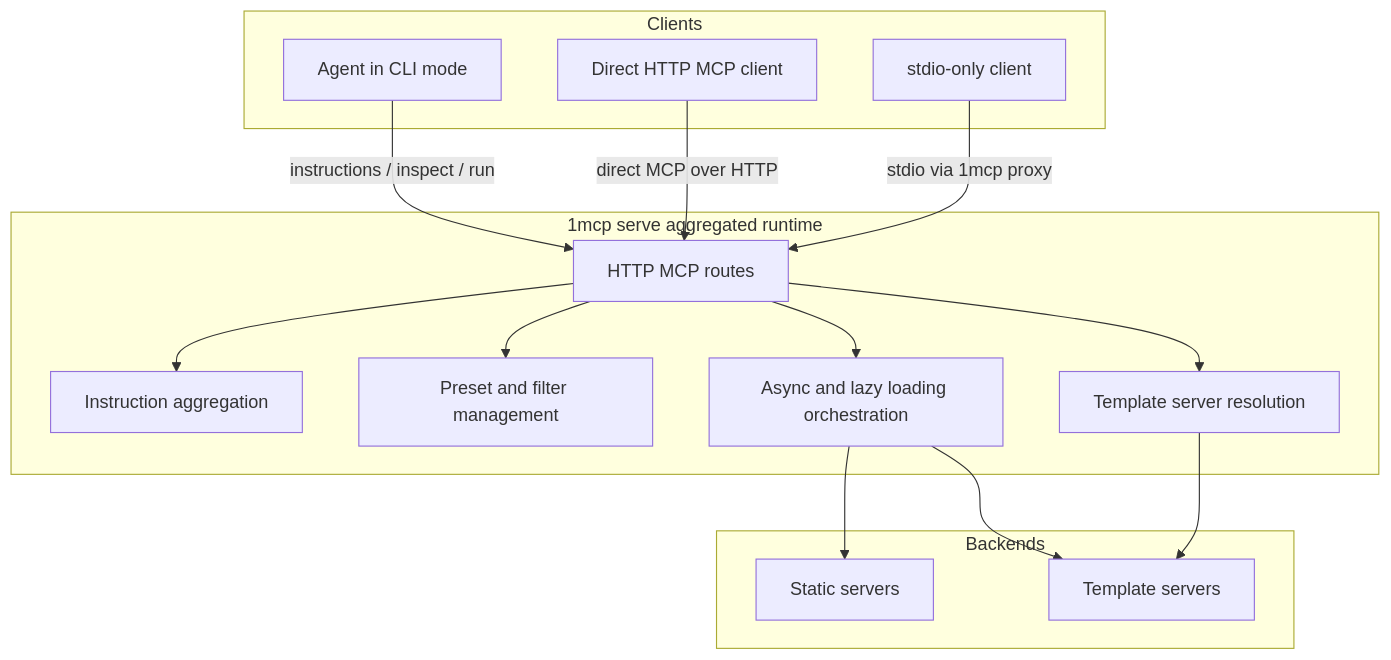
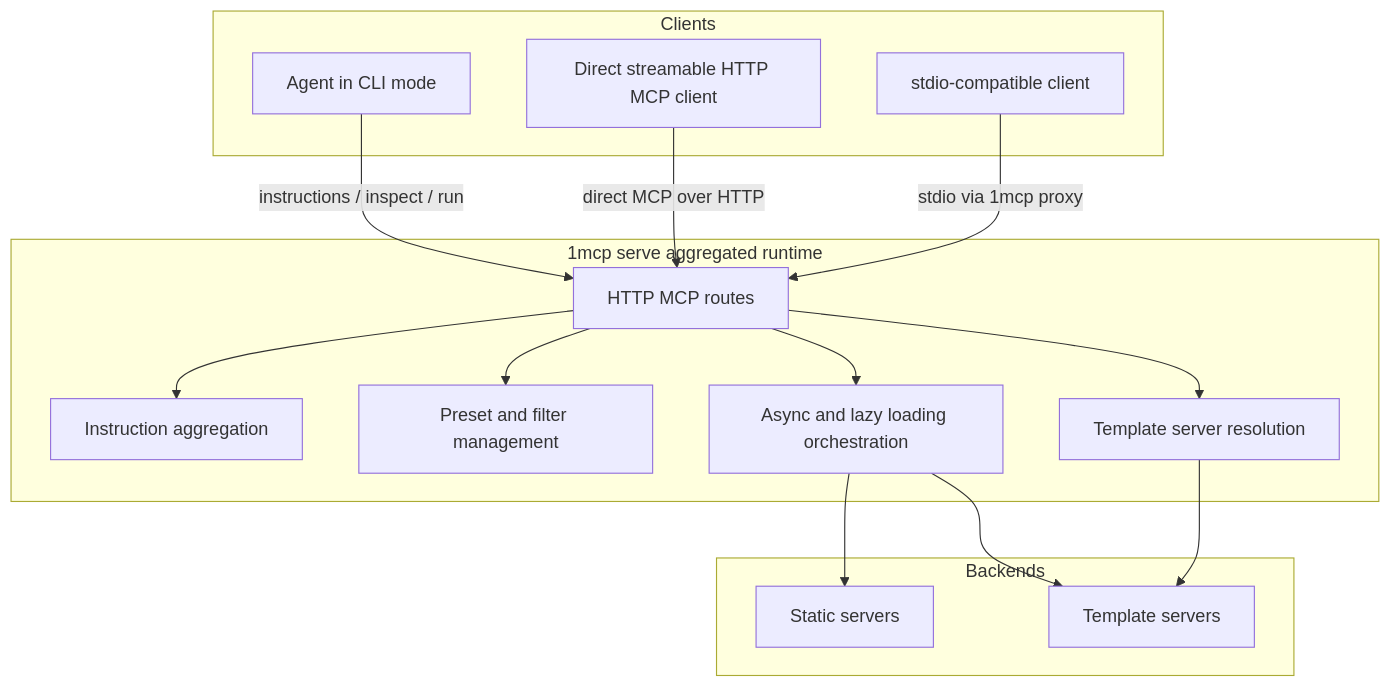
Before and after one commit to 1mcp-app/agent: the diagram in docs/en/reference/architecture.md, drawn with Mermaid. The commit also changed other lines of this file and 16 other files, not shown here.

First line of the commit message:
docs: enhance documentation for 1MCP, focusing on maximum compatibility and streamable HTTP

````diff
--- a/docs/en/reference/architecture.md
+++ b/docs/en/reference/architecture.md
@@ -33,32 +33,32 @@
 ```mermaid
 flowchart TB
     subgraph Clients
         A1[Agent in CLI mode]
-        A2[Direct HTTP MCP client]
-        A3[stdio-only client]
+        A2[Direct streamable HTTP MCP client]
+        A3[stdio-compatible client]
     end
 
     subgraph Runtime["1mcp serve aggregated runtime"]
         B1[HTTP MCP routes]
         B2[Instruction aggregation]
         B3[Preset and filter management]
         B4[Async and lazy loading orchestration]
         B5[Template server resolution]
     end
 
     subgraph Backends
         C1[Static servers]
         C2[Template servers]
     end
 
     A1 -->|instructions / inspect / run| B1
     A2 -->|direct MCP over HTTP| B1
     A3 -->|stdio via 1mcp proxy| B1
     B1 --> B2
     B1 --> B3
     B1 --> B4
     B1 --> B5
     B5 --> C2
     B4 --> C1
     B4 --> C2
 ```
````
